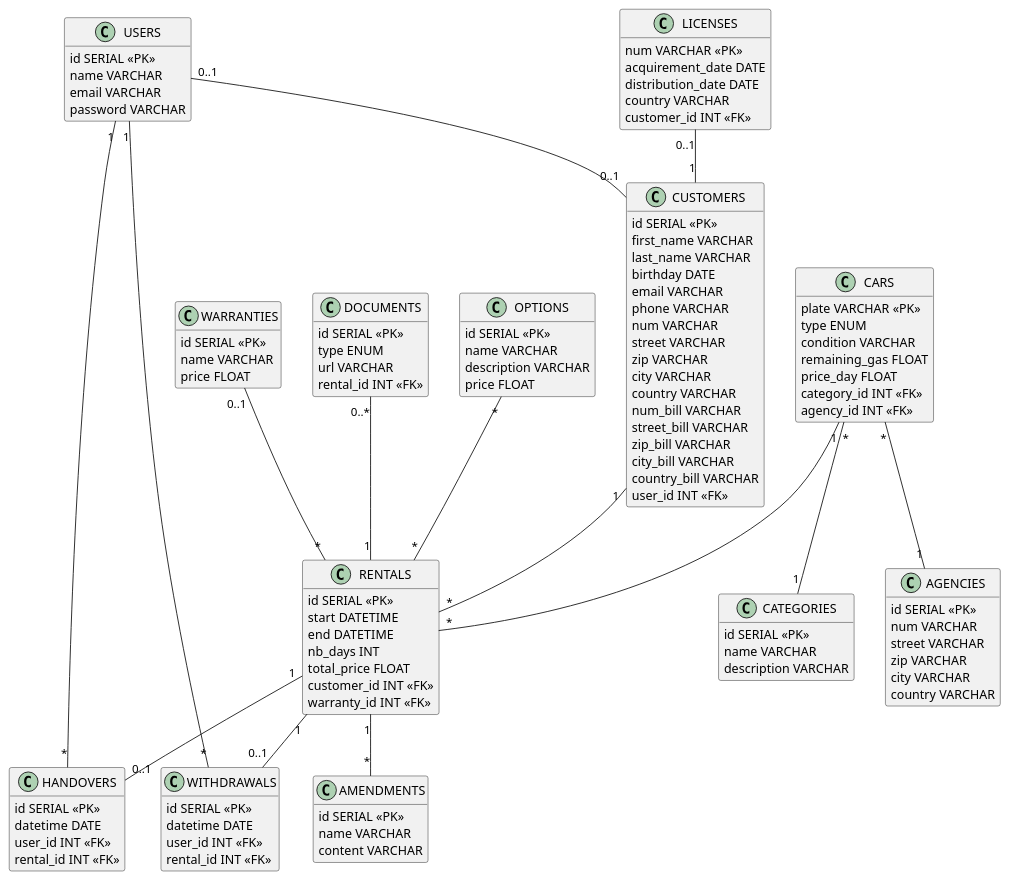
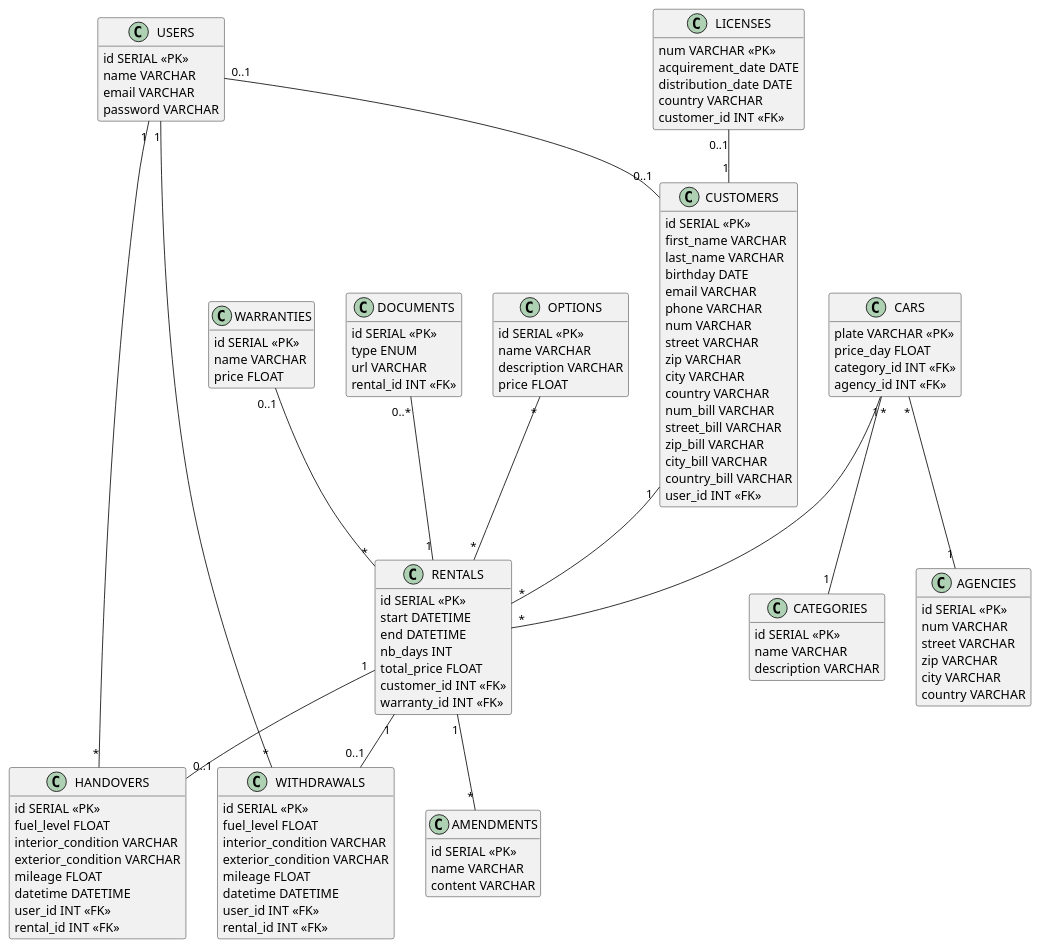
Before and after one commit to axelriv62/roulmapoul-api: the diagram in diagram.puml, drawn with PlantUML.

Commit message:
fix: mise à jour des tables en adéquations avec les dernières modifications

```diff
--- a/diagram.puml
+++ b/diagram.puml
@@ -1,129 +1,134 @@
 @startuml
 hide empty members
 
 class USERS {
     id SERIAL <<PK>>
     name VARCHAR
     email VARCHAR
     password VARCHAR
 }
 
 class CUSTOMERS {
     id SERIAL <<PK>>
     first_name VARCHAR
     last_name VARCHAR
     birthday DATE
     email VARCHAR
     phone VARCHAR
     num VARCHAR
     street VARCHAR
     zip VARCHAR
     city VARCHAR
     country VARCHAR
     num_bill VARCHAR
     street_bill VARCHAR
     zip_bill VARCHAR
     city_bill VARCHAR
     country_bill VARCHAR
     user_id INT <<FK>>
 }
 
 class RENTALS {
     id SERIAL <<PK>>
     start DATETIME
     end DATETIME
     nb_days INT
     total_price FLOAT
     customer_id INT <<FK>>
     warranty_id INT <<FK>>
 }
 
 class LICENSES {
     num VARCHAR <<PK>>
     acquirement_date DATE
     distribution_date DATE
     country VARCHAR
     customer_id INT <<FK>>
 }
 
 class WARRANTIES {
     id SERIAL <<PK>>
     name VARCHAR
     price FLOAT
 }
 
 class AMENDMENTS {
     id SERIAL <<PK>>
     name VARCHAR
     content VARCHAR
 }
 
 class DOCUMENTS {
     id SERIAL <<PK>>
     type ENUM
     url VARCHAR
     rental_id INT <<FK>>
 }
 
 class WITHDRAWALS {
     id SERIAL <<PK>>
-    datetime DATE
+    fuel_level FLOAT
+    interior_condition VARCHAR
+    exterior_condition VARCHAR
+    mileage FLOAT
+    datetime DATETIME
     user_id INT <<FK>>
     rental_id INT <<FK>>
 }
 
 class HANDOVERS {
     id SERIAL <<PK>>
-    datetime DATE
+    fuel_level FLOAT
+    interior_condition VARCHAR
+    exterior_condition VARCHAR
+    mileage FLOAT
+    datetime DATETIME
     user_id INT <<FK>>
     rental_id INT <<FK>>
 }
 
 class CARS {
     plate VARCHAR <<PK>>
-    type ENUM
-    condition VARCHAR
-    remaining_gas FLOAT
     price_day FLOAT
     category_id INT <<FK>>
     agency_id INT <<FK>>
 }
 
 class OPTIONS {
     id SERIAL <<PK>>
     name VARCHAR
     description VARCHAR
     price FLOAT
 }
 
 class CATEGORIES {
     id SERIAL <<PK>>
     name VARCHAR
     description VARCHAR
 }
 
 class AGENCIES {
     id SERIAL <<PK>>
     num VARCHAR
     street VARCHAR
     zip VARCHAR
     city VARCHAR
     country VARCHAR
 }
 
 CARS "*" -- "1" AGENCIES
 CARS "*" -- "1" CATEGORIES
 CARS "1" -- "*" RENTALS
 RENTALS "1" -- "*" AMENDMENTS
 RENTALS "1" -- "0..1" WITHDRAWALS
 WITHDRAWALS "*" -- "1" USERS
 USERS "0..1" -- "0..1" CUSTOMERS
 LICENSES "0..1" -- "1" CUSTOMERS
 WARRANTIES "0..1" -- "*" RENTALS
 OPTIONS "*" -- "*" RENTALS
 DOCUMENTS "0..*" -- "1" RENTALS
 USERS "1" -- "*" HANDOVERS
 RENTALS "1" -- "0..1" HANDOVERS
 CUSTOMERS "1" -- "*" RENTALS
 
 @enduml
```
